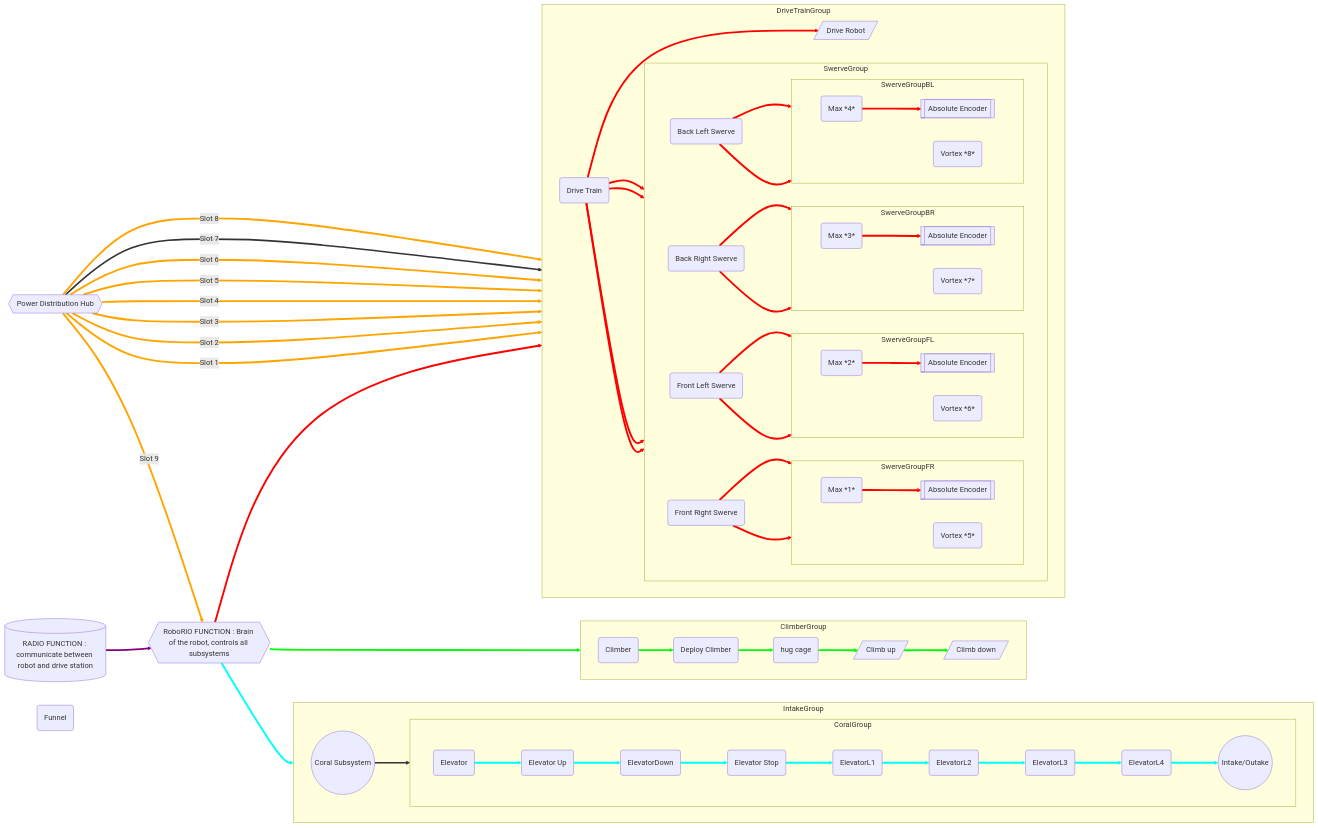
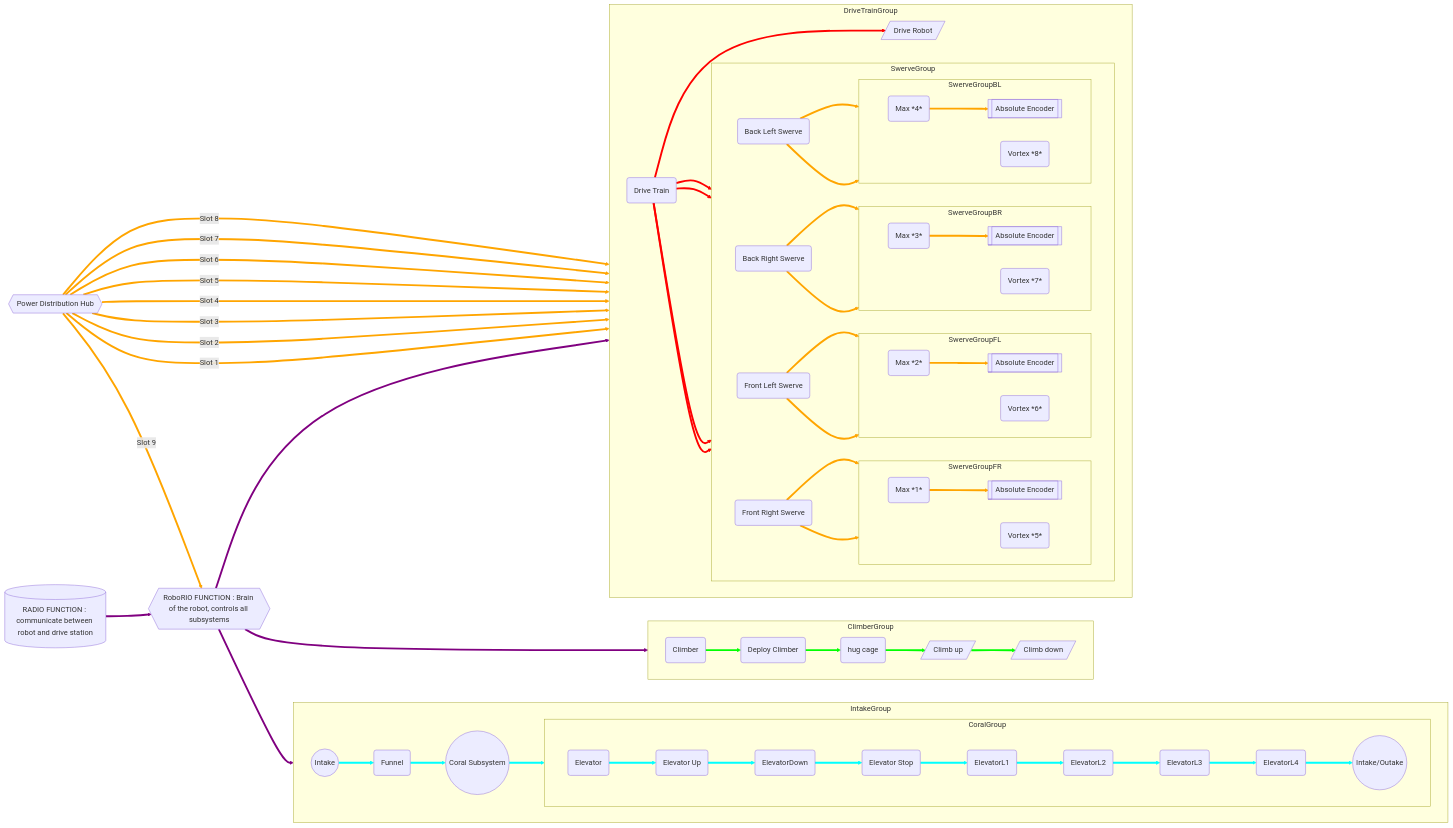
Before and after one commit to richardson-area-wide-robotics/FRC25-Reefscape: the diagram in docs/TonyGraph.md, drawn with Mermaid.

Commit message:
redid colors

````diff
--- a/docs/TonyGraph.md
+++ b/docs/TonyGraph.md
@@ -7,8 +7,10 @@
 
     subgraph IntakeGroup
         direction LR
-        CoralSubsystem((Coral Subsystem))==>Elevator;
+        Intake((Intake)) ==> Funnel
+        CoralSubsystem((Coral Subsystem))==> Elevator;
         IntakeOSystem((Intake/Outake));
+        Funnel(Funnel) ==> CoralSubsystem
         subgraph CoralGroup
                 direction LR
                 Elevator(Elevator) ==> ElevatorUp;
@@ -99,13 +101,12 @@
     PDH==>|Slot 8|VortexBL
     PDH==>|Slot 9|RoboRIO
 
-    linkStyle 34,35,36,37,38,39,41,42 stroke-width:4px,fill:none,stroke:orange;
-    linkStyle 15,16,17,18,19,20,21,22,23,24,25,26,27,28,29,30,31,33 stroke-width:4px,fill:none,stroke:red; 
-    linkStyle 0,3,4,5,6,7,8,9,10 stroke-width:4px,fill:none,stroke:cyan;
-    linkStyle 1,11,12,13,14 stroke-width:4px,fill:none,stroke:lime; 
-    linkStyle 32 stroke-width:4px,fill:none,stroke:purple;
+    linkStyle 22,23,24,25,26,27,28,29,30,31,32,33,36,37,38,39,40,41,42,43,44 stroke-width:4px,fill:none,stroke:orange;
+    linkStyle 17,18,19,20,21 stroke-width:4px,fill:none,stroke:red; 
+    linkStyle 2,3,4,5,6,7,8,9,10,11,12 stroke-width:4px,fill:none,stroke:cyan;
+    linkStyle 13,14,15,16 stroke-width:4px,fill:none,stroke:lime; 
+    linkStyle 0,1,34,35 stroke-width:4px,fill:none,stroke:purple;
 
 
-    Funnel(Funnel)
 
 ```
````
